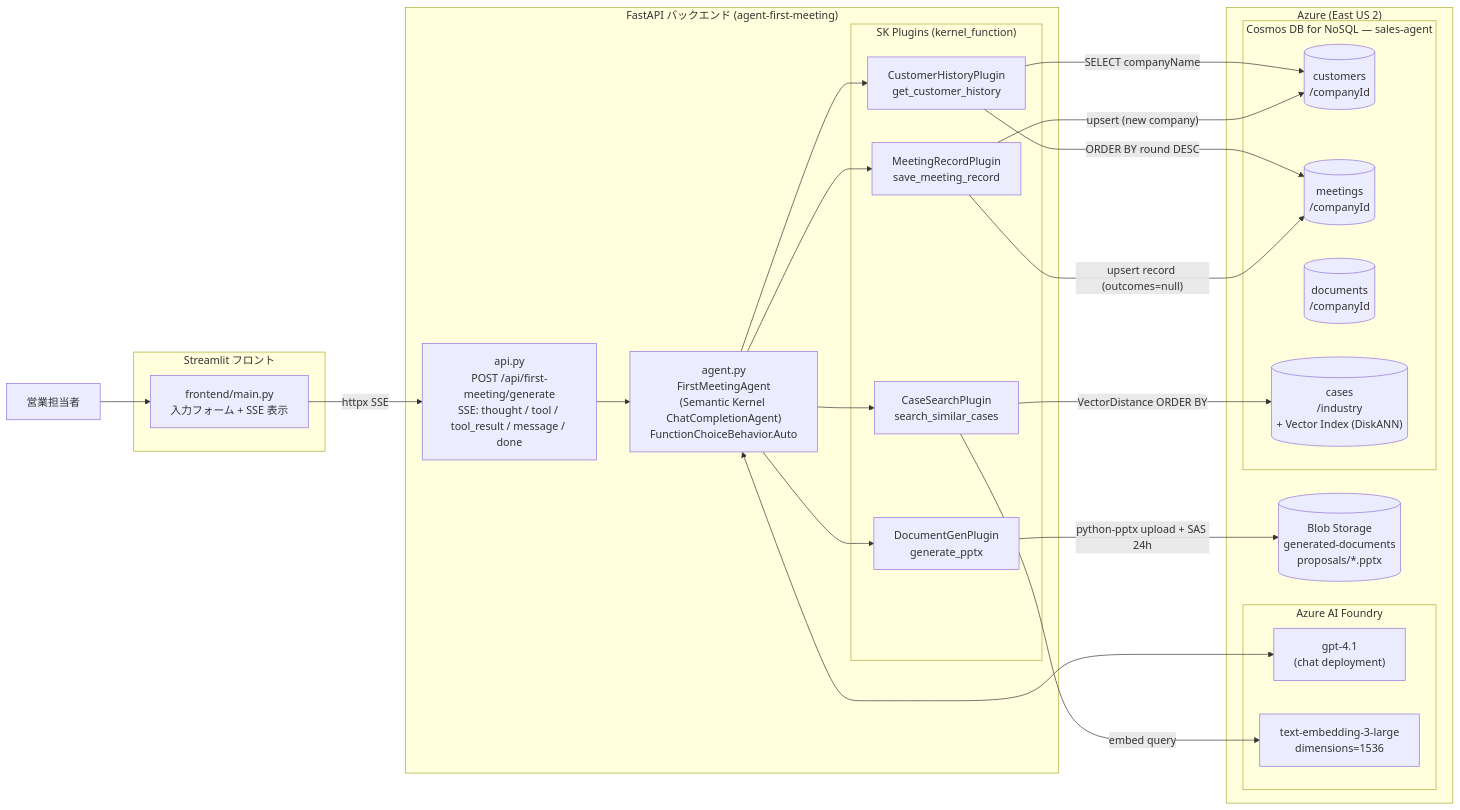
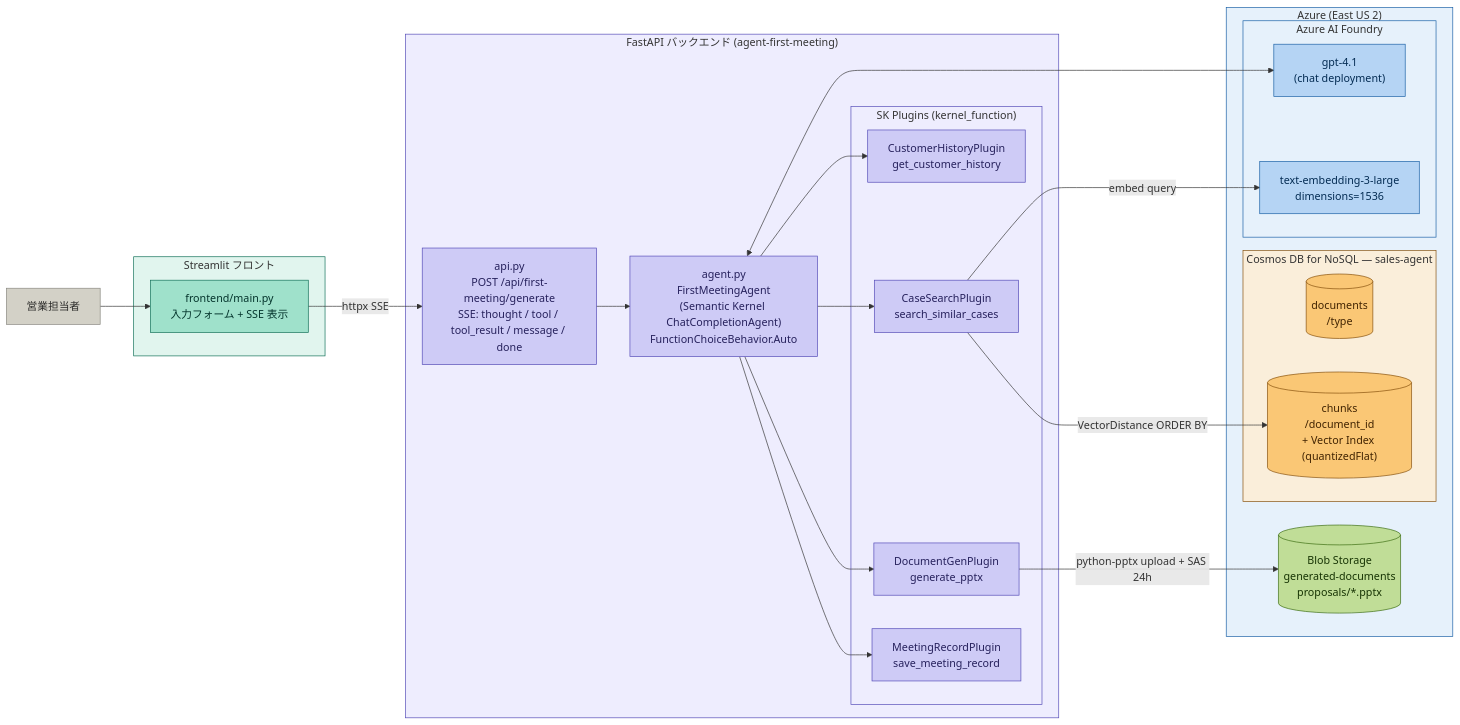
The first of 3 diagrams in agent-first-meeting/README.md (mintyobi/agentic_ai_for_hackathon), drawn with Mermaid before and after one commit. The commit also changed other lines of this file and 8 other files, not shown here.

Commit message:
fix: MacOS用のセットアップ手順の追加->azure_setup.md / CosmosDBの設計方法の更新

````diff
--- a/agent-first-meeting/README.md
+++ b/agent-first-meeting/README.md
@@ -19,50 +19,64 @@
 ```mermaid
 flowchart LR
-    User[営業担当者]
+User[営業担当者]
+subgraph Frontend["Streamlit フロント"]
+    UI["frontend/main.py<br/>入力フォーム + SSE 表示"]
+end
 
-    subgraph Frontend["Streamlit フロント"]
-        UI["frontend/main.py<br/>入力フォーム + SSE 表示"]
+subgraph Backend["FastAPI バックエンド (agent-first-meeting)"]
+    API["api.py<br/>POST /api/first-meeting/generate<br/>SSE: thought / tool / tool_result / message / done"]
+    Agent["agent.py<br/>FirstMeetingAgent<br/>(Semantic Kernel ChatCompletionAgent)<br/>FunctionChoiceBehavior.Auto"]
+
+    subgraph Plugins["SK Plugins (kernel_function)"]
+        P1["CustomerHistoryPlugin<br/>get_customer_history"]
+        P2["CaseSearchPlugin<br/>search_similar_cases"]
+        P3["DocumentGenPlugin<br/>generate_pptx"]
+        P4["MeetingRecordPlugin<br/>save_meeting_record"]
+    end
+end
+
+subgraph Azure["Azure (East US 2)"]
+    subgraph Foundry["Azure AI Foundry"]
+        Chat["gpt-4.1<br/>(chat deployment)"]
+        Emb["text-embedding-3-large<br/>dimensions=1536"]
     end
 
-    subgraph Backend["FastAPI バックエンド (agent-first-meeting)"]
-        API["api.py<br/>POST /api/first-meeting/generate<br/>SSE: thought / tool / tool_result / message / done"]
-        Agent["agent.py<br/>FirstMeetingAgent<br/>(Semantic Kernel ChatCompletionAgent)<br/>FunctionChoiceBehavior.Auto"]
-
-        subgraph Plugins["SK Plugins (kernel_function)"]
-            P1["CustomerHistoryPlugin<br/>get_customer_history"]
-            P2["CaseSearchPlugin<br/>search_similar_cases"]
-            P3["DocumentGenPlugin<br/>generate_pptx"]
-            P4["MeetingRecordPlugin<br/>save_meeting_record"]
-        end
+    subgraph Cosmos["Cosmos DB for NoSQL — sales-agent"]
+        C1[("documents<br/>/type")]
+        C2[("chunks<br/>/document_id<br/>+ Vector Index (quantizedFlat)")]
     end
 
-    subgraph Azure["Azure (East US 2)"]
-        subgraph Foundry["Azure AI Foundry"]
-            Chat["gpt-4.1<br/>(chat deployment)"]
-            Emb["text-embedding-3-large<br/>dimensions=1536"]
-        end
+    Blob[("Blob Storage<br/>generated-documents<br/>proposals/*.pptx")]
+end
 
-        subgraph Cosmos["Cosmos DB for NoSQL — sales-agent"]
-            C1[("customers<br/>/companyId")]
-            C2[("meetings<br/>/companyId")]
-            C3[("documents<br/>/companyId")]
-            C4[("cases<br/>/industry<br/>+ Vector Index (DiskANN)")]
-        end
+User --> UI
+UI -- "httpx SSE" --> API
+API --> Agent
+Agent <--> Chat
+Agent --> P1 & P2 & P3 & P4
 
-        Blob[("Blob Storage<br/>generated-documents<br/>proposals/*.pptx")]
-    end
+P2 -- "embed query" --> Emb
+P2 -- "VectorDistance ORDER BY" --> C2
+P3 -- "python-pptx upload + SAS 24h" --> Blob
 
-    User --> UI
-    UI -- "httpx SSE" --> API
-    API --> Agent
-    Agent <--> Chat
-    Agent --> P1 & P2 & P3 & P4
+classDef gray fill:#D3D1C7,stroke:#888780,color:#2C2C2A
+classDef teal fill:#9FE1CB,stroke:#0F6E56,color:#04342C
+classDef purple fill:#CECBF6,stroke:#534AB7,color:#26215C
+classDef blue fill:#B5D4F4,stroke:#185FA5,color:#042C53
+classDef amber fill:#FAC775,stroke:#854F0B,color:#412402
+classDef green fill:#C0DD97,stroke:#3B6D11,color:#173404
 
-    P1 -- "SELECT companyName" --> C1
-    P1 -- "ORDER BY round DESC" --> C2
-    P2 -- "embed query" --> Emb
-    P2 -- "VectorDistance ORDER BY" --> C4
-    P3 -- "python-pptx upload + SAS 24h" --> Blob
-    P4 -- "upsert (new company)" --> C1
-    P4 -- "upsert record (outcomes=null)" --> C2
+class User gray
+class UI teal
+class API,Agent,P1,P2,P3,P4 purple
+class Chat,Emb blue
+class C1,C2 amber
+class Blob green
+
+style Frontend fill:#E1F5EE,stroke:#0F6E56
+style Backend fill:#EEEDFE,stroke:#534AB7
+style Plugins fill:#EEEDFE,stroke:#534AB7
+style Azure fill:#E6F1FB,stroke:#185FA5
+style Foundry fill:#E6F1FB,stroke:#185FA5
+style Cosmos fill:#FAEEDA,stroke:#854F0B
 ```
````
